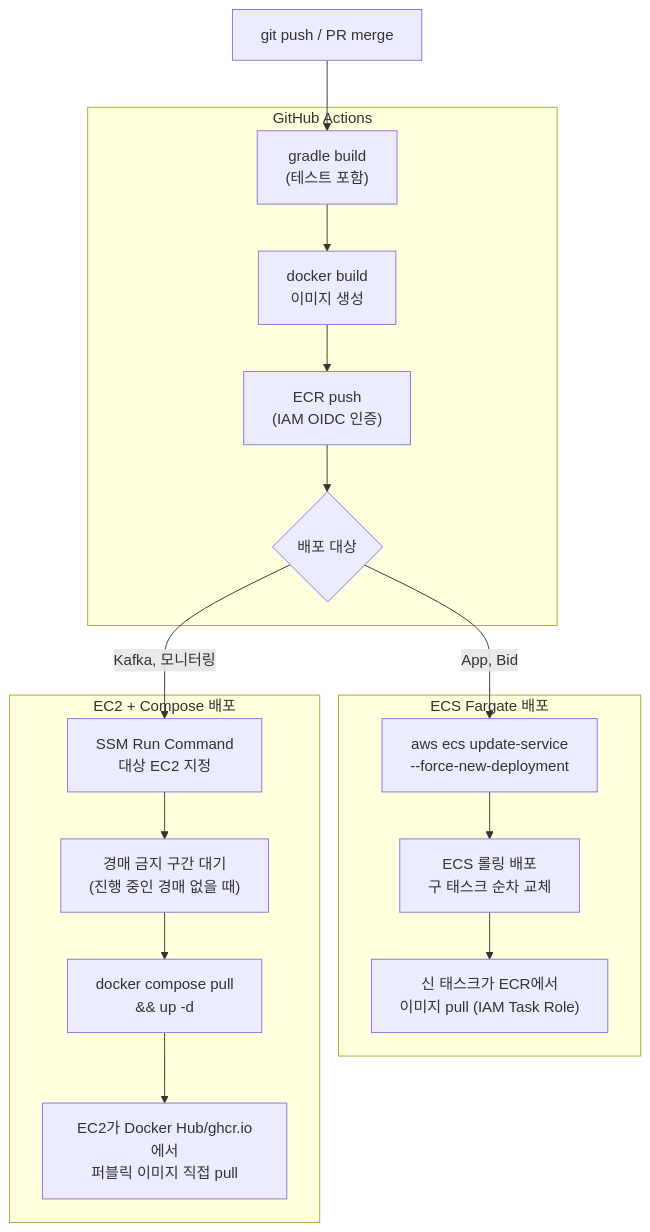
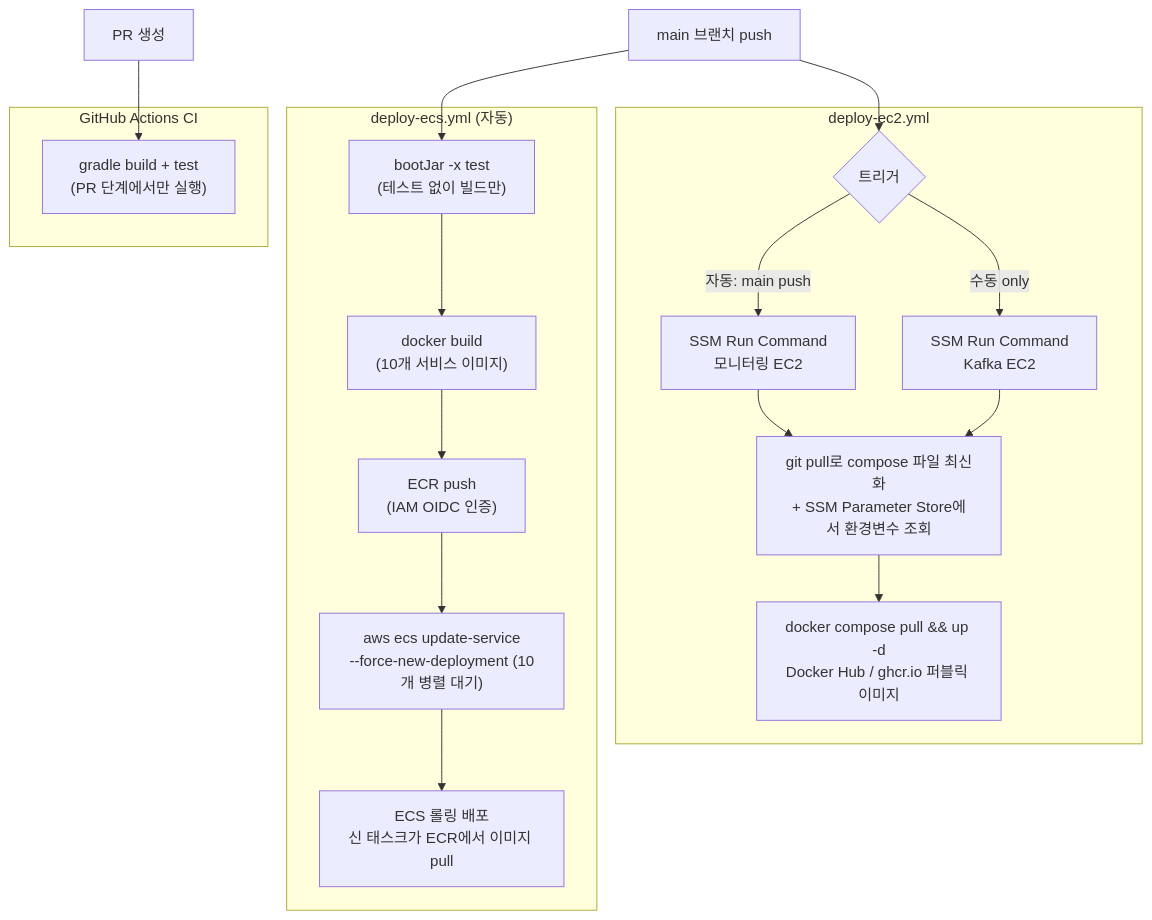
The diagram in docs/INFRASTRUCTURE.md (BankRupang/san-ji-jik-kyeng), drawn with Mermaid before and after one commit. The commit also changed other lines of this file, not shown here.

Commit message:
chore: cicd 다이어그램 수정

````diff
--- a/docs/INFRASTRUCTURE.md
+++ b/docs/INFRASTRUCTURE.md
@@ -569,27 +569,26 @@
 ```mermaid
 flowchart TD
-    push[git push / PR merge] --> build
+    pr[PR 생성] --> ci
 
-    subgraph GHA["GitHub Actions"]
-        build["gradle build<br>(테스트 포함)"]
-        build --> docker["docker build<br>이미지 생성"]
-        docker --> ecr["ECR push<br>(IAM OIDC 인증)"]
-        ecr --> branch{배포 대상}
+    subgraph GHA_CI["GitHub Actions CI"]
+        ci["gradle build + test<br>(PR 단계에서만 실행)"]
     end
 
-    branch -->|App, Bid| ecs
-    branch -->|Kafka, 모니터링| ssm
+    merge[main 브랜치 push] --> ecs_build & ec2_target
 
-    subgraph ECS_DEPLOY["ECS Fargate 배포"]
-        ecs["aws ecs update-service<br>--force-new-deployment"]
-        ecs --> rolling["ECS 롤링 배포<br>구 태스크 순차 교체"]
-        rolling --> pull_ecs["신 태스크가 ECR에서<br>이미지 pull (IAM Task Role)"]
+    subgraph GHA_ECS["deploy-ecs.yml (자동)"]
+        ecs_build["bootJar -x test<br>(테스트 없이 빌드만)"]
+        ecs_build --> ecs_docker["docker build<br>(10개 서비스 이미지)"]
+        ecs_docker --> ecr["ECR push<br>(IAM OIDC 인증)"]
+        ecr --> ecs_update["aws ecs update-service<br>--force-new-deployment (10개 병렬 대기)"]
+        ecs_update --> rolling["ECS 롤링 배포<br>신 태스크가 ECR에서 이미지 pull"]
     end
 
-    subgraph EC2_DEPLOY["EC2 + Compose 배포"]
-        ssm["SSM Run Command<br>대상 EC2 지정"]
-        ssm --> window["경매 금지 구간 대기<br>(진행 중인 경매 없을 때)"]
-        window --> compose["docker compose pull<br>&& up -d"]
-        compose --> pull_ec2["EC2가 Docker Hub/ghcr.io에서<br>퍼블릭 이미지 직접 pull"]
+    subgraph GHA_EC2["deploy-ec2.yml"]
+        ec2_target{트리거}
+        ec2_target -->|자동: main push| mon_ssm["SSM Run Command<br>모니터링 EC2"]
+        ec2_target -->|수동 only| kafka_ssm["SSM Run Command<br>Kafka EC2"]
+        mon_ssm & kafka_ssm --> git_pull["git pull로 compose 파일 최신화<br>+ SSM Parameter Store에서 환경변수 조회"]
+        git_pull --> compose["docker compose pull && up -d<br>Docker Hub / ghcr.io 퍼블릭 이미지"]
     end
 ```
````
